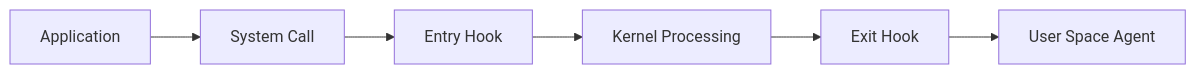
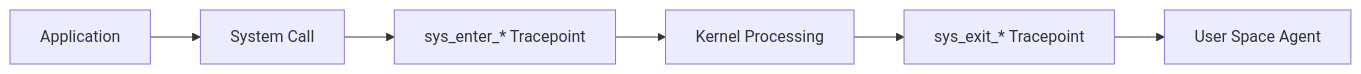
Before and after one commit to DeepShield-AI/DeepTrace: the diagram in docs/src/ebpf/hooks.md, drawn with Mermaid. The commit also changed other lines of this file and 31 other files, not shown here.

````diff
--- a/docs/src/ebpf/hooks.md
+++ b/docs/src/ebpf/hooks.md
@@ -12,8 +12,8 @@
 ```mermaid
 graph LR
     APP[Application] --> SYSCALL[System Call]
-    SYSCALL --> ENTER[Entry Hook]
+    SYSCALL --> ENTER[sys_enter_* Tracepoint]
     ENTER --> KERNEL[Kernel Processing]
-    KERNEL --> EXIT[Exit Hook]
+    KERNEL --> EXIT[sys_exit_* Tracepoint]
     EXIT --> USERSPACE[User Space Agent]
 ```
````
